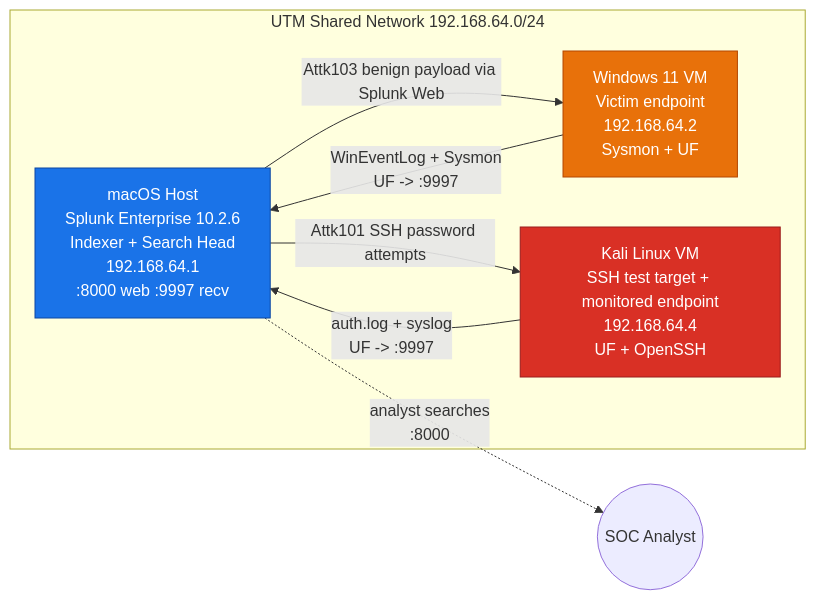
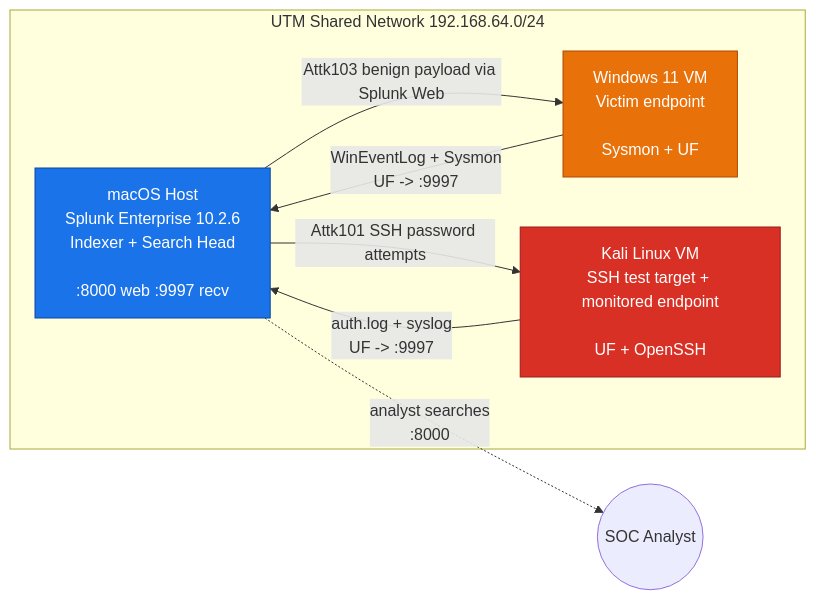
One commit to YeandAmen/SOC-Capstone changed the diagram in 06-deliverables/architecture.md. Above: the diagram before and after it, drawn with Mermaid. The commit also changed other lines of this file and 12 other files, not shown here.

````diff
--- a/06-deliverables/architecture.md
+++ b/06-deliverables/architecture.md
@@ -7,21 +7,21 @@
 ```mermaid
 flowchart LR
     subgraph UTM["UTM Shared Network 192.168.64.0/24"]
-        MAC["macOS Host\nSplunk Enterprise 10.2.6\nIndexer + Search Head\n192.168.64.1\n:8000 web  :9997 recv"]
-        WIN["Windows 11 VM\nVictim endpoint\n192.168.64.2\nSysmon + UF"]
-        KALI["Kali Linux VM\nSSH test target + monitored endpoint\n192.168.64.4\nUF + OpenSSH"]
+        MAC["macOS Host\nSplunk Enterprise 10.2.6\nIndexer + Search Head\n<mac-ip>\n:8000 web  :9997 recv"]
+        WIN["Windows 11 VM\nVictim endpoint\n<windows-ip>\nSysmon + UF"]
+        KALI["Kali Linux VM\nSSH test target + monitored endpoint\n<kali-ip>\nUF + OpenSSH"]
     end
 
     WIN -- "WinEventLog + Sysmon\nUF -> :9997" --> MAC
     KALI -- "auth.log + syslog\nUF -> :9997" --> MAC
     MAC -- "Attk101 SSH password attempts" --> KALI
     MAC -- "Attk103 benign payload via Splunk Web" --> WIN
     MAC -. "analyst searches\n:8000" .-> USER((SOC Analyst))
 
     classDef siem fill:#1a73e8,color:#fff,stroke:#0d47a1
     classDef victim fill:#e8710a,color:#fff,stroke:#b34700
     classDef attacker fill:#d93025,color:#fff,stroke:#9a1c1c
     class MAC siem
     class WIN victim
     class KALI attacker
 ```
````
